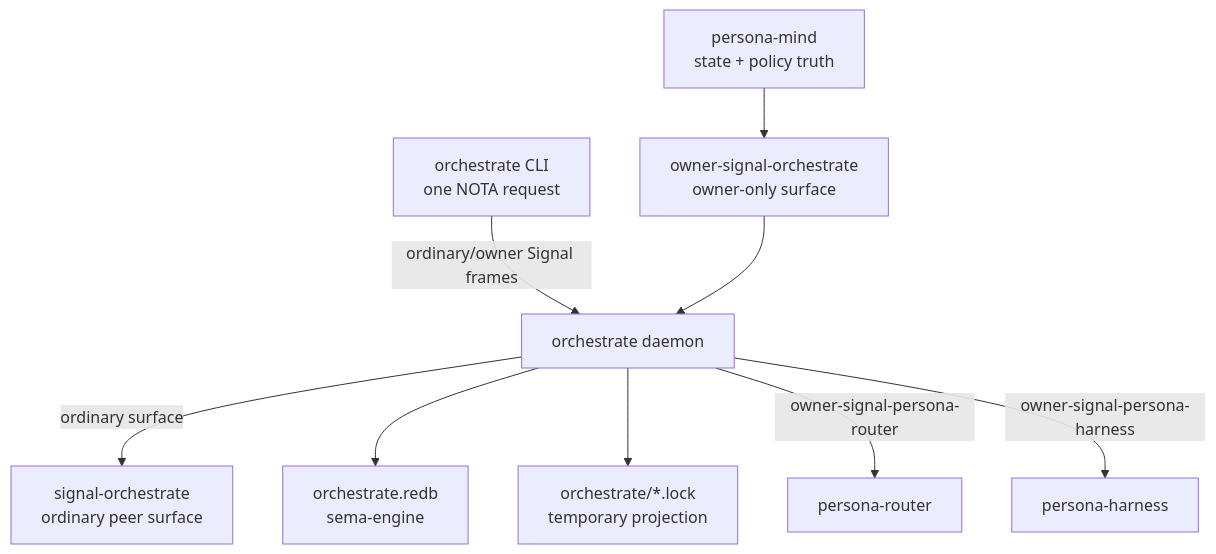
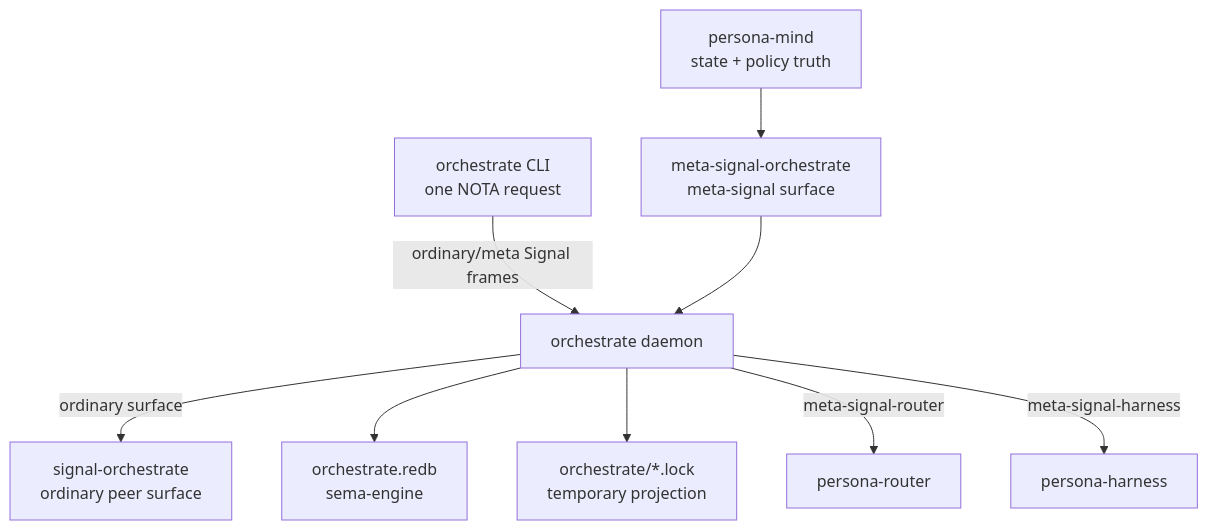
Before and after one commit to LiGoldragon/orchestrate: the diagram in ARCHITECTURE.md, drawn with Mermaid. The commit also changed other lines of this file and 21 other files, not shown here.

Commit message:
orchestrate: consume meta signal policy contract

````diff
--- a/ARCHITECTURE.md
+++ b/ARCHITECTURE.md
@@ -63,21 +63,21 @@
 ```mermaid
 flowchart TB
     mind["persona-mind<br/>state + policy truth"]
     cli["orchestrate CLI<br/>one NOTA request"]
     daemon["orchestrate daemon"]
     ordinary["signal-orchestrate<br/>ordinary peer surface"]
-    owner["owner-signal-orchestrate<br/>owner-only surface"]
+    owner["meta-signal-orchestrate<br/>meta-signal surface"]
     store["orchestrate.redb<br/>sema-engine"]
     router["persona-router"]
     harness["persona-harness"]
     locks["orchestrate/*.lock<br/>temporary projection"]
 
-    cli -- "ordinary/owner Signal frames" --> daemon
+    cli -- "ordinary/meta Signal frames" --> daemon
     daemon -- "ordinary surface" --> ordinary
     mind --> owner
     owner --> daemon
     daemon --> store
     daemon --> locks
-    daemon -- "owner-signal-persona-router" --> router
-    daemon -- "owner-signal-persona-harness" --> harness
+    daemon -- "meta-signal-router" --> router
+    daemon -- "meta-signal-harness" --> harness
 ```
````
